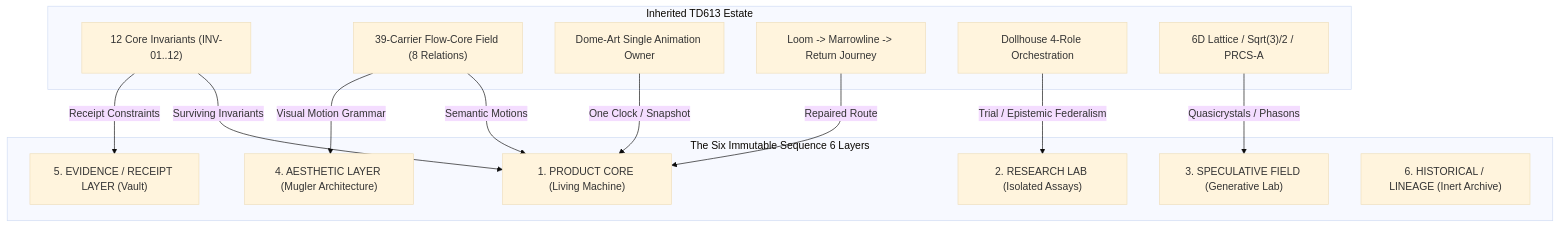
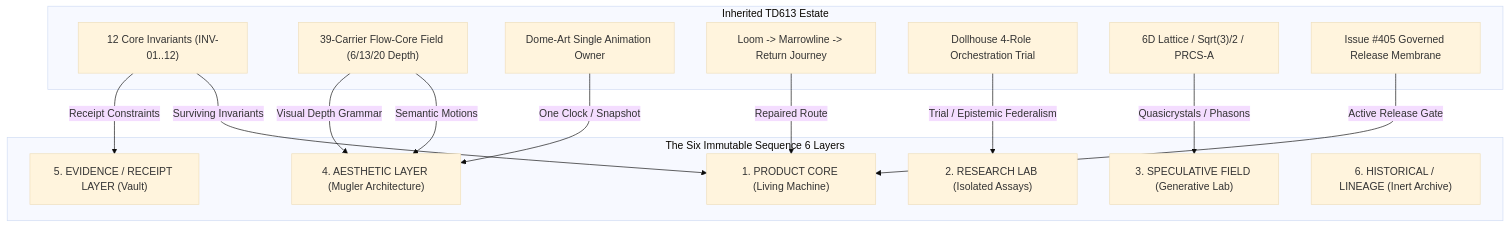
The first of 2 diagrams in research/sequence-6-surviving-relations/02-SURVIVOR_MAP_AND_ARCHITECTURE_SPECIFICATION.md (tauric-diana-613/TD613-TCP), drawn with Mermaid (base theme) before and after one commit. The commit also changed other lines of this file and 2 other files, not shown here.

Commit message:
docs(seq6): reconcile architecture freeze with canonical invariant and flowcore registries

````diff
--- a/research/sequence-6-surviving-relations/02-SURVIVOR_MAP_AND_ARCHITECTURE_SPECIFICATION.md
+++ b/research/sequence-6-surviving-relations/02-SURVIVOR_MAP_AND_ARCHITECTURE_SPECIFICATION.md
@@ -86,29 +94,31 @@
 ```mermaid
 flowchart TD
     subgraph INHERITED["Inherited TD613 Estate"]
         I_INV["12 Core Invariants (INV-01..12)"]
-        I_FLOW["39-Carrier Flow-Core Field (8 Relations)"]
+        I_FLOW["39-Carrier Flow-Core Field (6/13/20 Depth)"]
         I_DOME["Dome-Art Single Animation Owner"]
         I_LOOM["Loom -> Marrowline -> Return Journey"]
-        I_DOLL["Dollhouse 4-Role Orchestration"]
+        I_DOLL["Dollhouse 4-Role Orchestration Trial"]
         I_SPEC["6D Lattice / Sqrt(3)/2 / PRCS-A"]
+        I_REL["Issue #405 Governed Release Membrane"]
     end
 
     subgraph SIX_LAYERS["The Six Immutable Sequence 6 Layers"]
         L1["1. PRODUCT CORE (Living Machine)"]
         L2["2. RESEARCH LAB (Isolated Assays)"]
         L3["3. SPECULATIVE FIELD (Generative Lab)"]
         L4["4. AESTHETIC LAYER (Mugler Architecture)"]
         L5["5. EVIDENCE / RECEIPT LAYER (Vault)"]
         L6["6. HISTORICAL / LINEAGE (Inert Archive)"]
     end
 
     I_INV -->|Surviving Invariants| L1
-    I_FLOW -->|Semantic Motions| L1
-    I_DOME -->|One Clock / Snapshot| L1
+    I_FLOW -->|Semantic Motions| L4
+    I_DOME -->|One Clock / Snapshot| L4
     I_LOOM -->|Repaired Route| L1
+    I_REL -->|Active Release Gate| L1
     I_INV -->|Receipt Constraints| L5
     I_DOLL -->|Trial / Epistemic Federalism| L2
     I_SPEC -->|Quasicrystals / Phasons| L3
-    I_FLOW -->|Visual Motion Grammar| L4
+    I_FLOW -->|Visual Depth Grammar| L4
 ```
````
